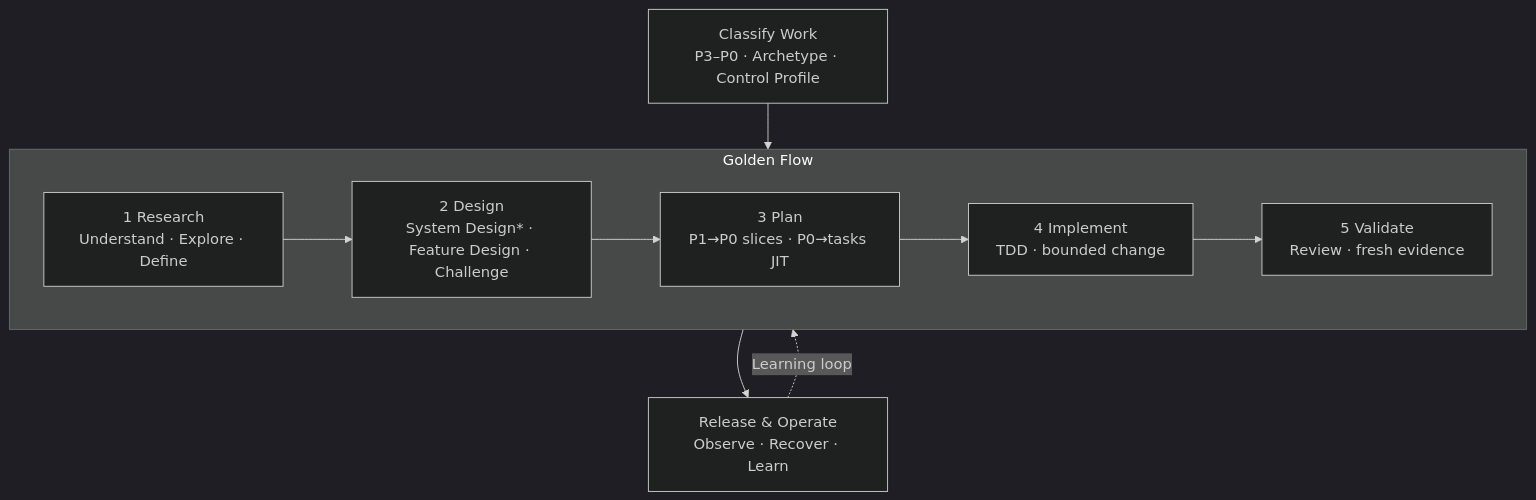
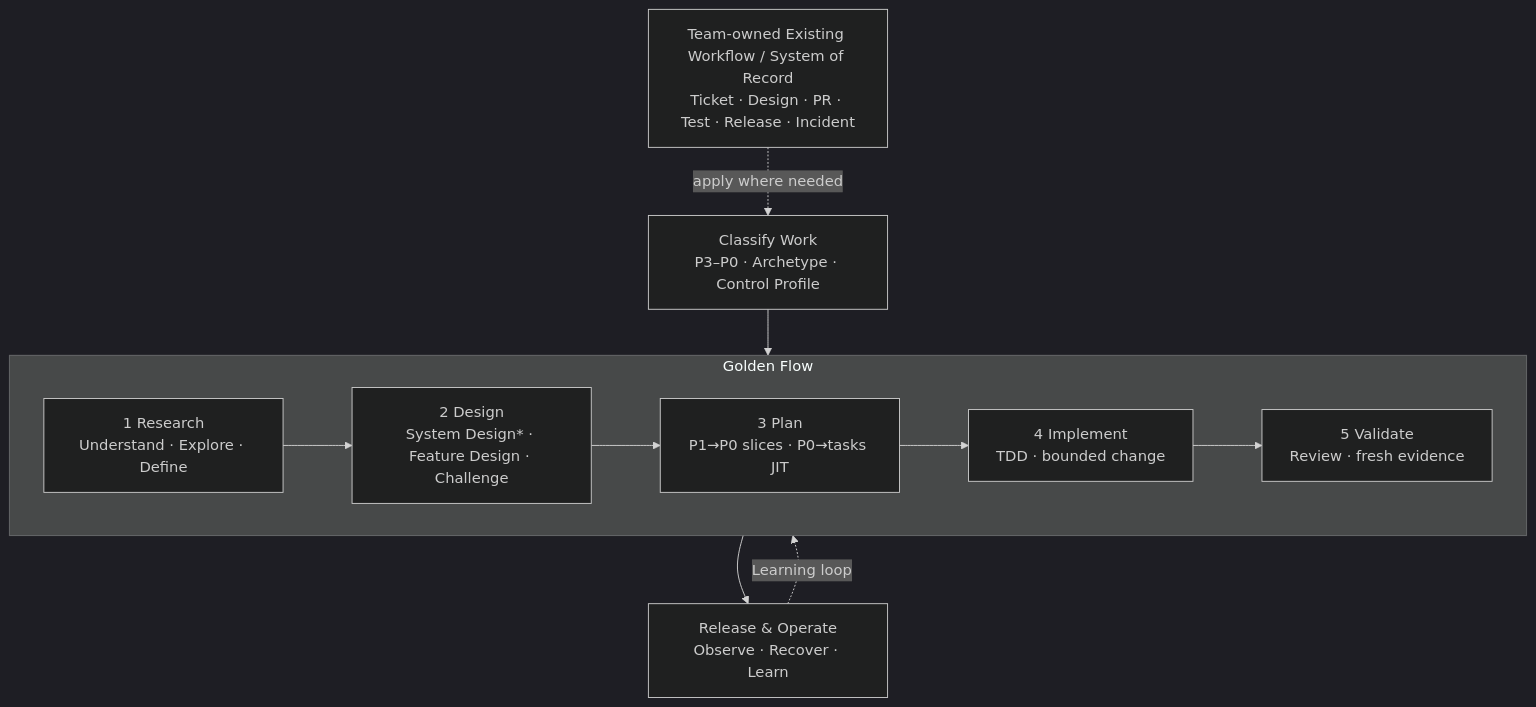
The diagram in diagrams/04_Framework_Overview.md (yschiang/ai_engineering), drawn with Mermaid (dark theme) before and after one commit. The commit also changed other lines of this file and 20 other files, not shown here.

````diff
--- a/diagrams/04_Framework_Overview.md
+++ b/diagrams/04_Framework_Overview.md
@@ -14,11 +16,13 @@
 ```mermaid
 flowchart TB
+  W["Team-owned Existing Workflow / System of Record\nTicket · Design · PR · Test · Release · Incident"]
   C["Classify Work\nP3–P0 · Archetype · Control Profile"]
   subgraph F["Golden Flow"]
     direction LR
     R["1 Research\nUnderstand · Explore · Define"] --> D["2 Design\nSystem Design* · Feature Design · Challenge"] --> P["3 Plan\nP1→P0 slices · P0→tasks JIT"] --> I["4 Implement\nTDD · bounded change"] --> V["5 Validate\nReview · fresh evidence"]
   end
+  W -. "apply where needed" .-> C
   C --> R
   V --> O["Release & Operate\nObserve · Recover · Learn"]
   O -. "Learning loop" .-> R
 ```
````
